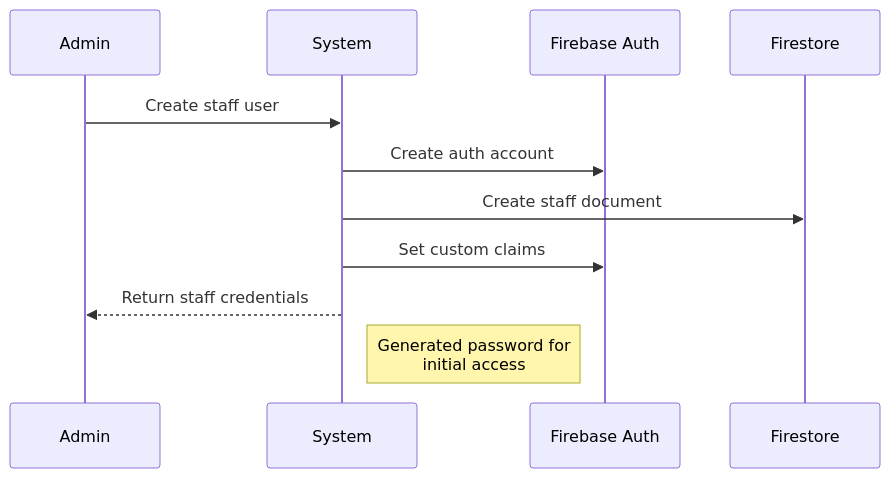
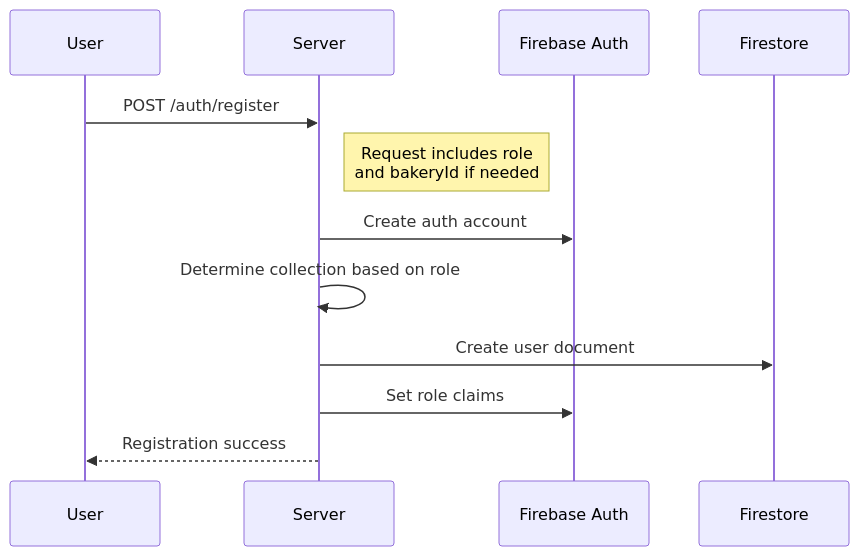
One commit to casalgado/bake-ry changed the first of 3 diagrams in user-documentation.md. Above: the diagram before and after it, drawn with Mermaid. The commit also changed other lines of this file and 4 other files, not shown here.

````diff
--- a/user-documentation.md
+++ b/user-documentation.md
@@ -77,9 +74,10 @@
 ```mermaid
 sequenceDiagram
-    Admin->>System: Create staff user
-    System->>Firebase Auth: Create auth account
-    System->>Firestore: Create staff document
-    System->>Firebase Auth: Set custom claims
-    System-->>Admin: Return staff credentials
-    Note right of System: Generated password for<br/>initial access
+    User->>Server: POST /auth/register
+    Note right of Server: Request includes role<br/>and bakeryId if needed
+    Server->>Firebase Auth: Create auth account
+    Server->>Server: Determine collection based on role
+    Server->>Firestore: Create user document
+    Server->>Firebase Auth: Set role claims
+    Server-->>User: Registration success
 ```
````
